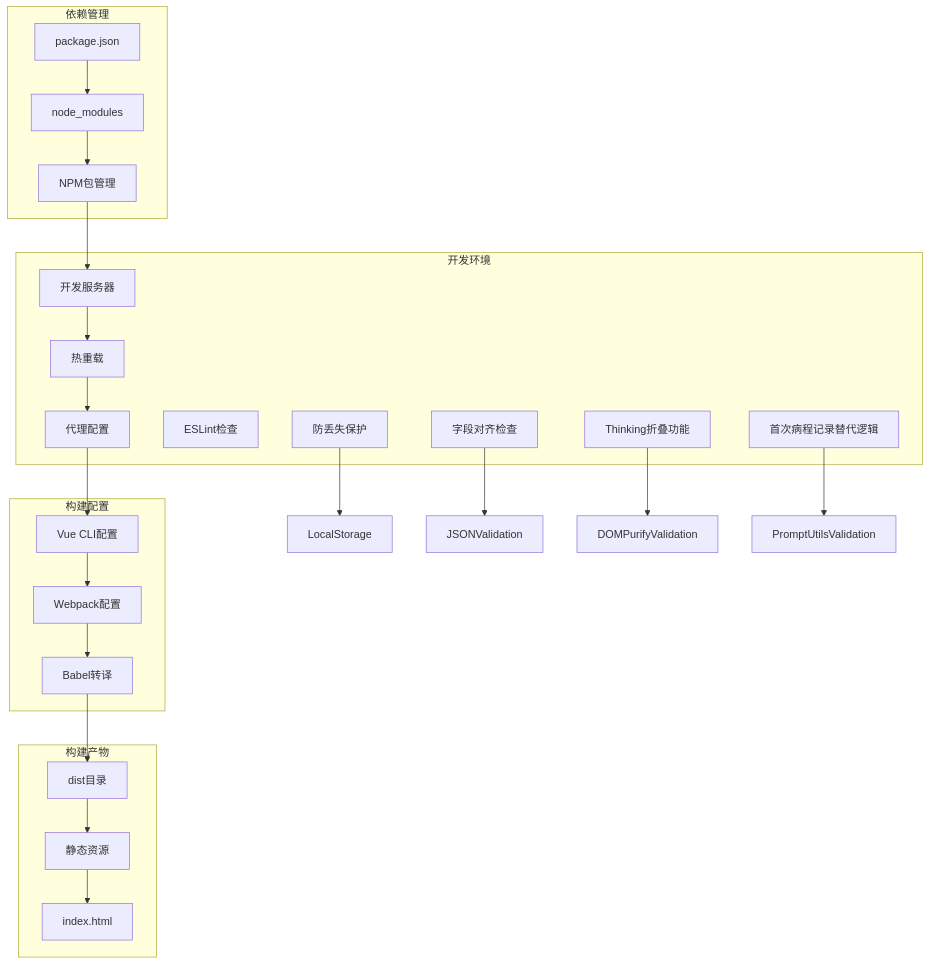
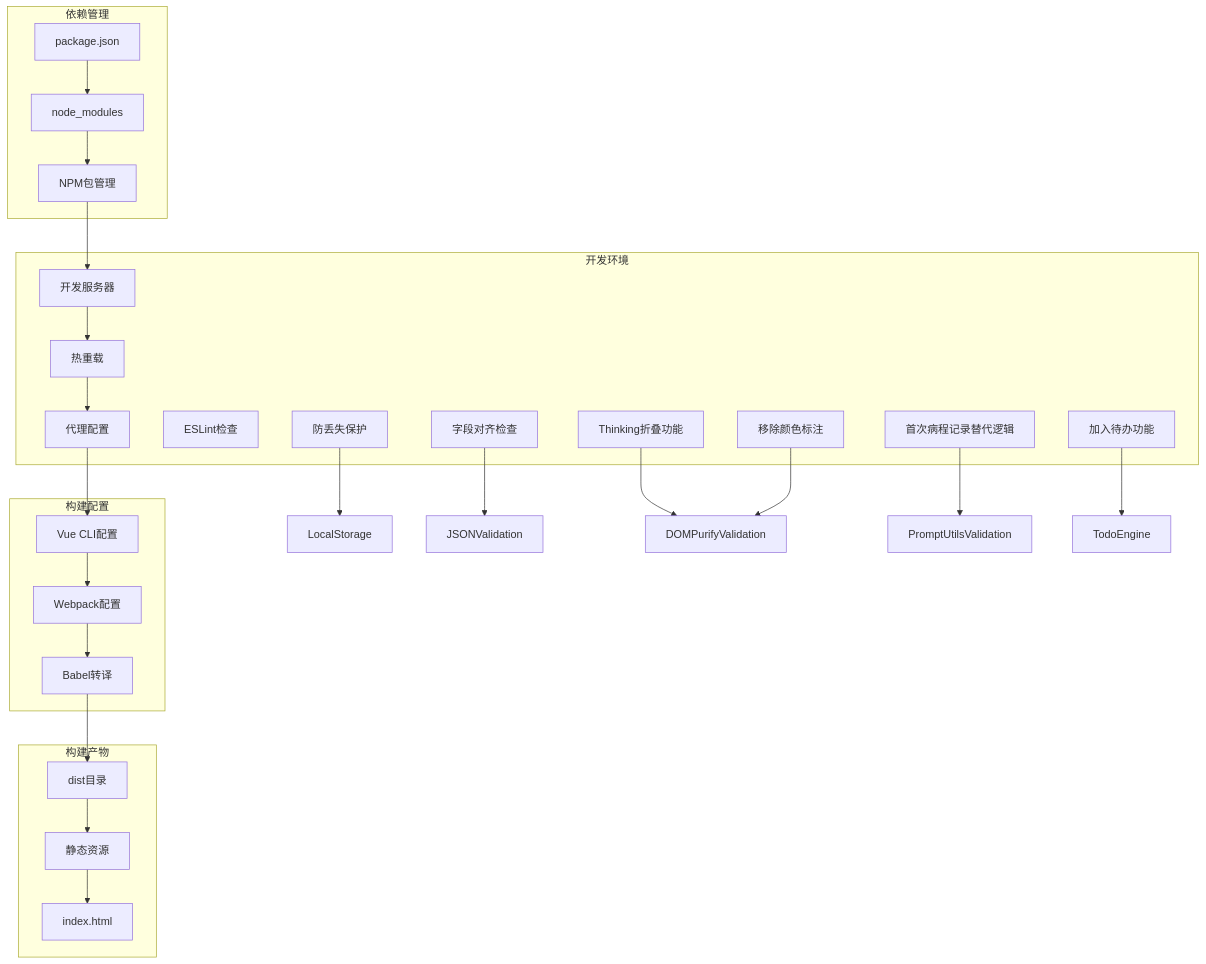
One commit to liuzh2008/med_ai_assistant_workspace changed diagram 15 of 17 in .qoder/repowiki/zh/content/Medical Record Operation Guide.md. Above: the diagram before and after it, drawn with Mermaid. The commit also changed other lines of this file and 4 other files, not shown here.

````diff
--- a/.qoder/repowiki/zh/content/Medical Record Operation Guide.md
+++ b/.qoder/repowiki/zh/content/Medical Record Operation Guide.md
@@ -1884,43 +1738,47 @@
 ```mermaid
 graph TB
 subgraph "开发环境"
 DevServer[开发服务器]
 HotReload[热重载]
 Proxy[代理配置]
 ESLint[ESLint检查]
 DraftProtection[防丢失保护]
 FieldAlignment[字段对齐检查]
 ThinkingFold[Thinking折叠功能]
 FirstCourseSubstitute[首次病程记录替代逻辑]
+AddToTodo[加入待办功能]
+RemoveColorHighlight[移除颜色标注]
 end
 subgraph "构建配置"
 VueCLI[Vue CLI配置]
 Webpack[Webpack配置]
 Babel[Babel转译]
 end
 subgraph "依赖管理"
 PackageJSON[package.json]
 NodeModules[node_modules]
 NPM[NPM包管理]
 end
 subgraph "构建产物"
 Dist[dist目录]
 Assets[静态资源]
 IndexHTML[index.html]
 end
 DevServer --> HotReload
 HotReload --> Proxy
 Proxy --> VueCLI
 VueCLI --> Webpack
 Webpack --> Babel
 Babel --> Dist
 PackageJSON --> NodeModules
 NodeModules --> NPM
 NPM --> DevServer
 Dist --> Assets
 Assets --> IndexHTML
 DraftProtection --> LocalStorage
 FieldAlignment --> JSONValidation
 ThinkingFold --> DOMPurifyValidation
 FirstCourseSubstitute --> PromptUtilsValidation
+AddToTodo --> TodoEngine
+RemoveColorHighlight --> DOMPurifyValidation
 ```
````
